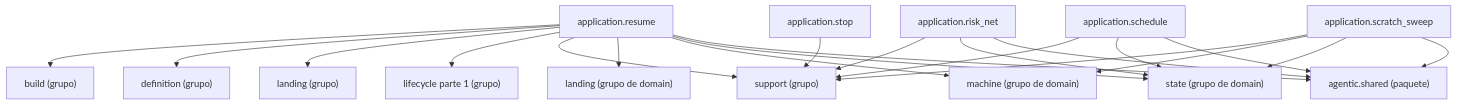
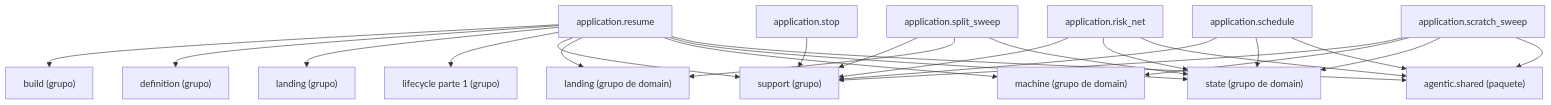
Before and after one commit to GonzaloZevallos/agentic-system: the diagram in docs/architecture/generated/packages-process-application-lifecycle-2.md, drawn with Mermaid. The commit also changed 16 other files, not shown here.

````diff
--- a/docs/architecture/generated/packages-process-application-lifecycle-2.md
+++ b/docs/architecture/generated/packages-process-application-lifecycle-2.md
@@ -16,37 +16,41 @@
 ```mermaid
 graph TD
     g_application__build["build (grupo)"]
     g_application__definition["definition (grupo)"]
     g_application__landing["landing (grupo)"]
     g_application__lifecycle__1["lifecycle parte 1 (grupo)"]
     g_application__support["support (grupo)"]
     g_domain__landing["landing (grupo de domain)"]
     g_domain__machine["machine (grupo de domain)"]
     g_domain__state["state (grupo de domain)"]
     g_pkg__agentic__shared["agentic.shared (paquete)"]
     m_application__resume["application.resume"]
     m_application__risk_net["application.risk_net"]
     m_application__schedule["application.schedule"]
     m_application__scratch_sweep["application.scratch_sweep"]
+    m_application__split_sweep["application.split_sweep"]
     m_application__stop["application.stop"]
     m_application__resume --> g_application__build
     m_application__resume --> g_application__definition
     m_application__resume --> g_application__landing
     m_application__resume --> g_application__lifecycle__1
     m_application__resume --> g_application__support
     m_application__resume --> g_domain__landing
     m_application__resume --> g_domain__machine
     m_application__resume --> g_domain__state
     m_application__resume --> g_pkg__agentic__shared
     m_application__risk_net --> g_application__support
     m_application__risk_net --> g_domain__state
     m_application__risk_net --> g_pkg__agentic__shared
     m_application__schedule --> g_application__support
     m_application__schedule --> g_domain__state
     m_application__schedule --> g_pkg__agentic__shared
     m_application__scratch_sweep --> g_application__support
     m_application__scratch_sweep --> g_domain__machine
     m_application__scratch_sweep --> g_domain__state
     m_application__scratch_sweep --> g_pkg__agentic__shared
+    m_application__split_sweep --> g_application__support
+    m_application__split_sweep --> g_domain__landing
+    m_application__split_sweep --> g_domain__state
     m_application__stop --> g_application__support
 ```
````
